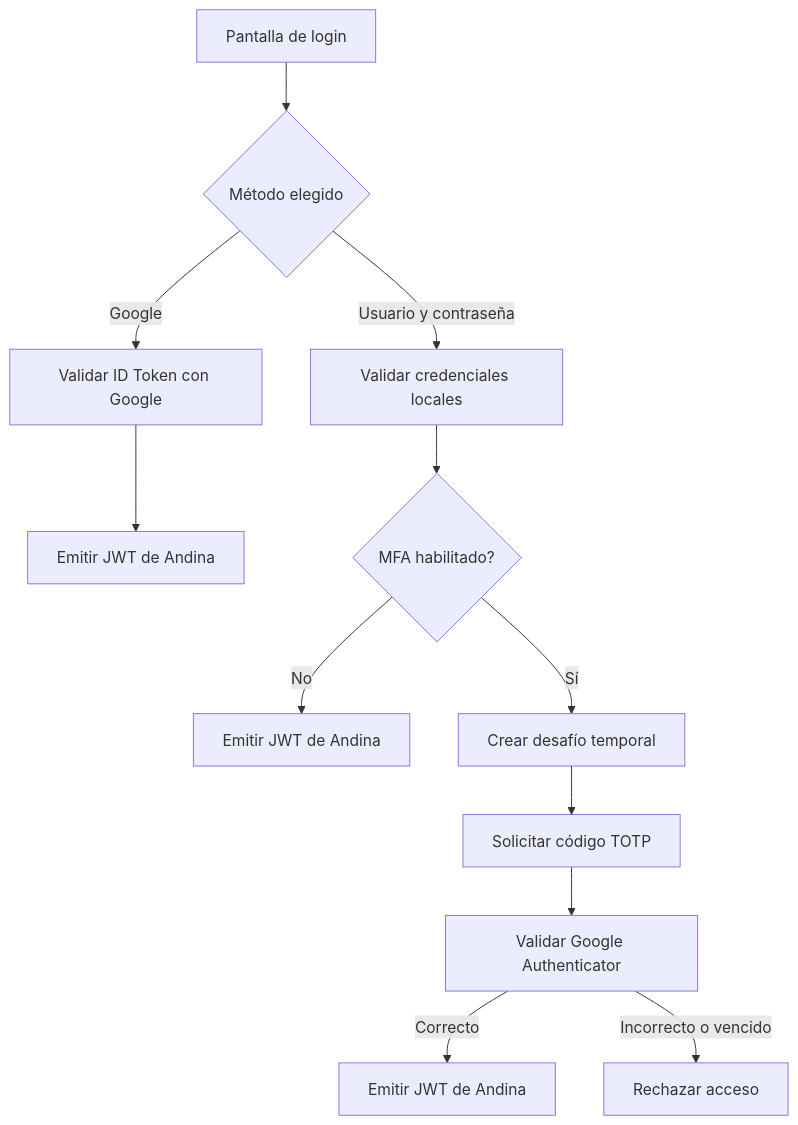
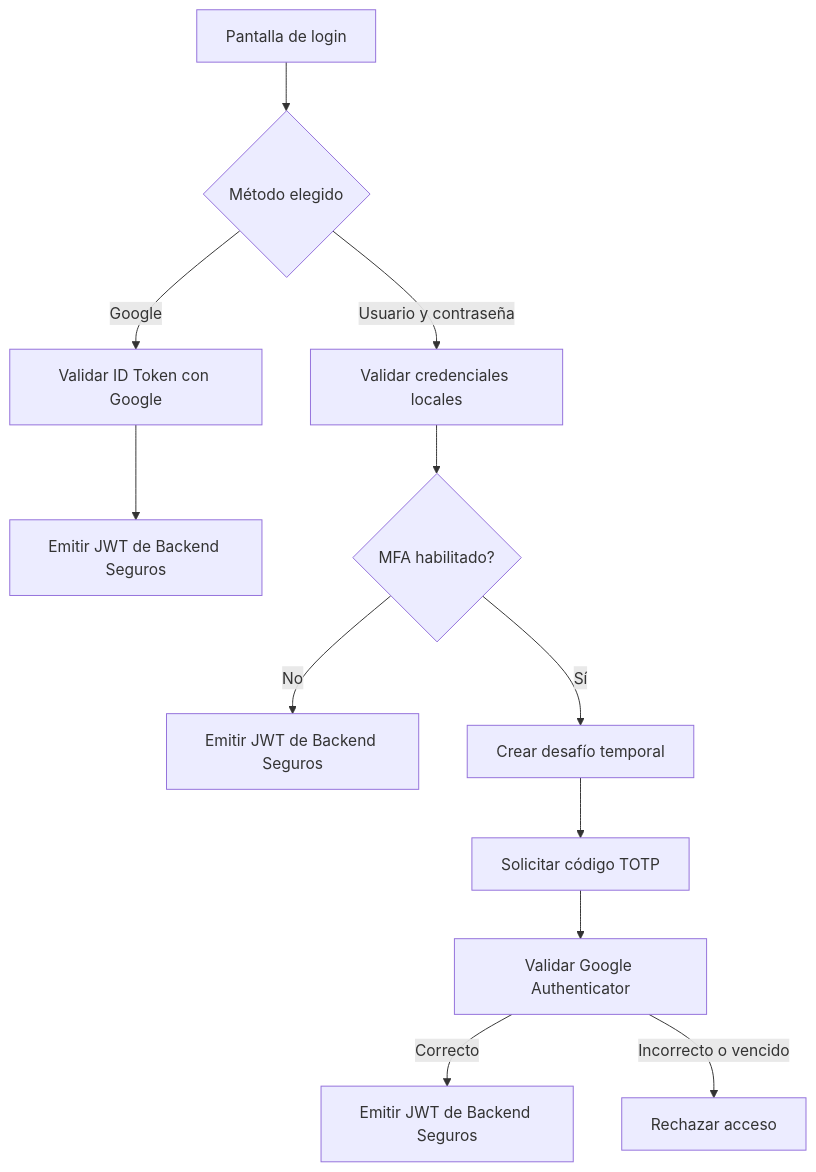
Before and after one commit to shaniira/Mod5-Tarea1-Microservicios: the third of 8 diagrams in doc/3. Auth Google-MFA/INFORME-AUTENTICACION-GOOGLE-MFA-.md, drawn with Mermaid. The commit also changed other lines of this file and 18 other files, not shown here.

````diff
--- a/doc/3. Auth Google-MFA/INFORME-AUTENTICACION-GOOGLE-MFA-.md
+++ b/doc/3. Auth Google-MFA/INFORME-AUTENTICACION-GOOGLE-MFA-.md
@@ -127,14 +127,14 @@
 ```mermaid
 flowchart TD
     I[Pantalla de login] --> M{Método elegido}
     M -->|Google| G[Validar ID Token con Google]
-    G --> J1[Emitir JWT de Andina]
+    G --> J1[Emitir JWT de Backend Seguros]
     M -->|Usuario y contraseña| L[Validar credenciales locales]
     L --> Q{MFA habilitado?}
-    Q -->|No| J2[Emitir JWT de Andina]
+    Q -->|No| J2[Emitir JWT de Backend Seguros]
     Q -->|Sí| D[Crear desafío temporal]
     D --> T[Solicitar código TOTP]
     T --> V[Validar Google Authenticator]
-    V -->|Correcto| J3[Emitir JWT de Andina]
+    V -->|Correcto| J3[Emitir JWT de Backend Seguros]
     V -->|Incorrecto o vencido| R[Rechazar acceso]
 ```
````
